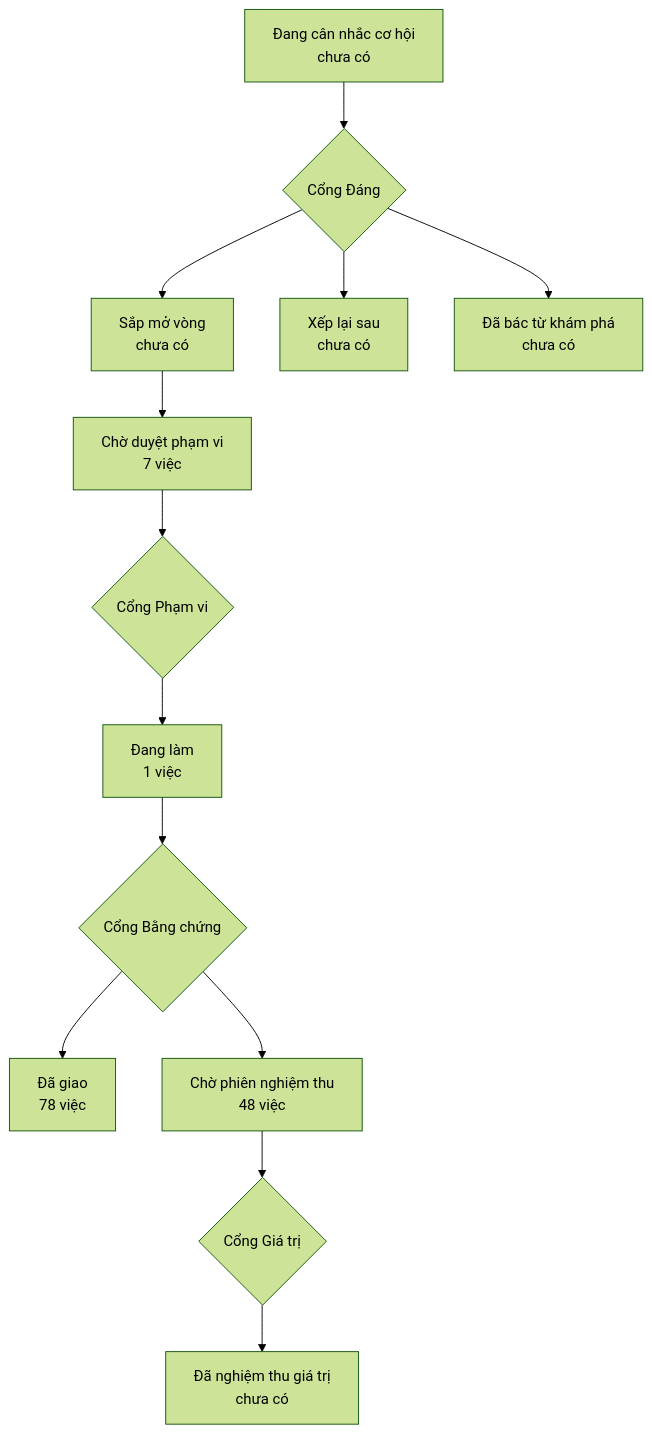
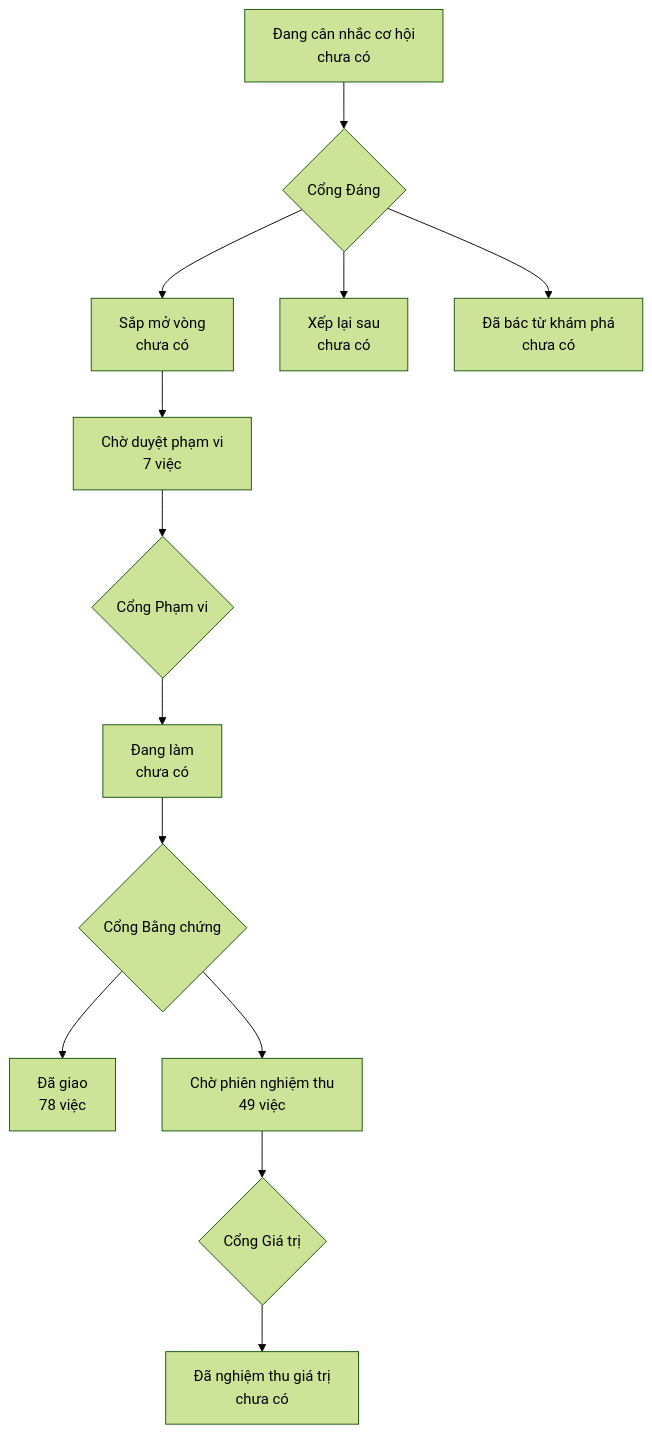
One commit to phanlemanh/onehub-invest changed the diagram in PRODUCT-MAP.md. Above: the diagram before and after it, drawn with Mermaid (forest theme). The commit also changed other lines of this file and 7 other files, not shown here.

````diff
--- a/PRODUCT-MAP.md
+++ b/PRODUCT-MAP.md
@@ -7,12 +7,12 @@
 ```mermaid
 flowchart TD
   A["Đang cân nhắc cơ hội<br/>chưa có"] --> GD{"Cổng Đáng"}
   GD --> B["Sắp mở vòng<br/>chưa có"]
   GD --> XL["Xếp lại sau<br/>chưa có"]
   GD --> DB["Đã bác từ khám phá<br/>chưa có"]
   B --> CD["Chờ duyệt phạm vi<br/>7 việc"] --> GP{"Cổng Phạm vi"}
-  GP --> DL["Đang làm<br/>1 việc"] --> GB{"Cổng Bằng chứng"}
+  GP --> DL["Đang làm<br/>chưa có"] --> GB{"Cổng Bằng chứng"}
   GB --> DG["Đã giao<br/>78 việc"]
-  GB --> CN["Chờ phiên nghiệm thu<br/>48 việc"] --> GG{"Cổng Giá trị"}
+  GB --> CN["Chờ phiên nghiệm thu<br/>49 việc"] --> GG{"Cổng Giá trị"}
   GG --> NT["Đã nghiệm thu giá trị<br/>chưa có"]
 ```
````
